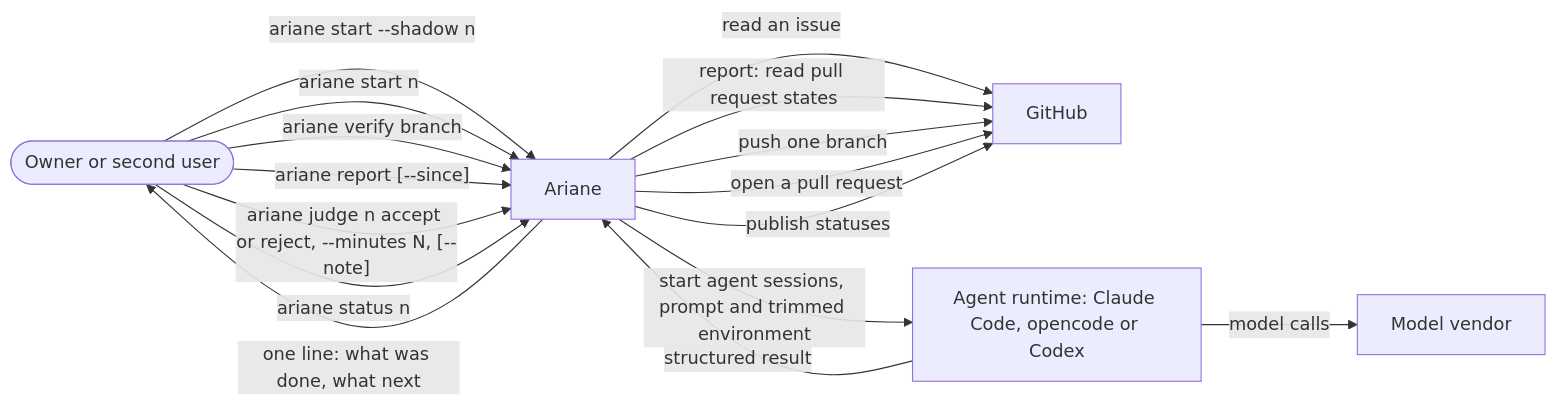
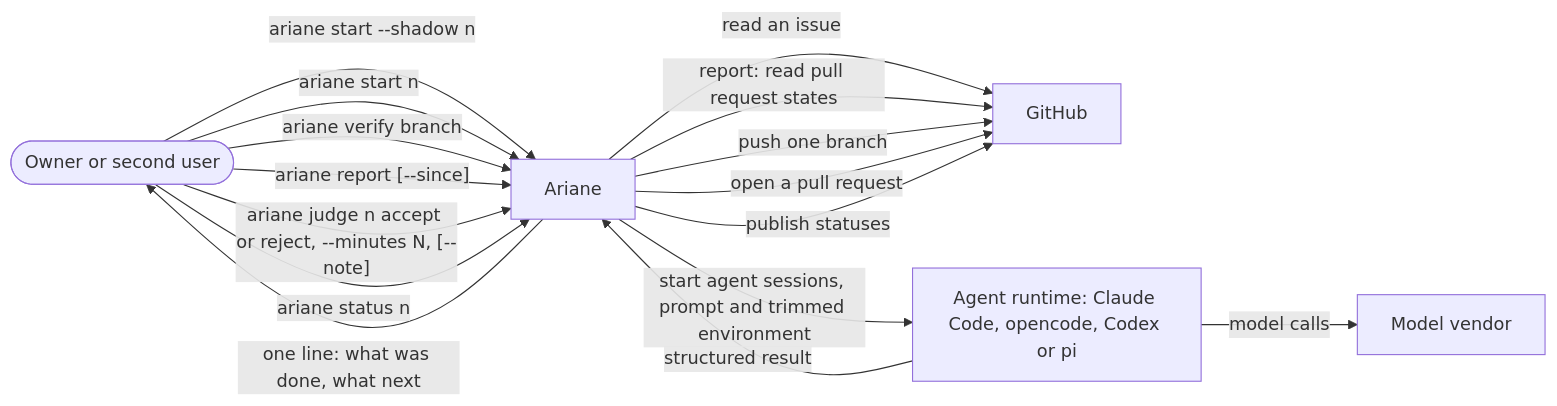
The diagram in docs/architecture/1-context.md (plaplanche/ariane), drawn with Mermaid before and after one commit. The commit also changed 27 other files, not shown here.

````diff
--- a/docs/architecture/1-context.md
+++ b/docs/architecture/1-context.md
@@ -5,23 +5,23 @@
 ```mermaid
 flowchart LR
   user([Owner or second user])
   ariane[Ariane]
   github[GitHub]
-  runtime[Agent runtime: Claude Code, opencode or Codex]
+  runtime[Agent runtime: Claude Code, opencode, Codex or pi]
   vendor[Model vendor]
   user -->|ariane start --shadow n| ariane
   user -->|ariane start n| ariane
   user -->|ariane verify branch| ariane
   user -->|"ariane report [--since]"| ariane
   user -->|"ariane judge n accept or reject, --minutes N, [--note]"| ariane
   user -->|ariane status n| ariane
   ariane -->|one line: what was done, what next| user
   ariane -->|read an issue| github
   ariane -->|report: read pull request states| github
   ariane -->|push one branch| github
   ariane -->|open a pull request| github
   ariane -->|publish statuses| github
   ariane -->|start agent sessions, prompt and trimmed environment| runtime
   runtime -->|structured result| ariane
   runtime -->|model calls| vendor
 ```
````
